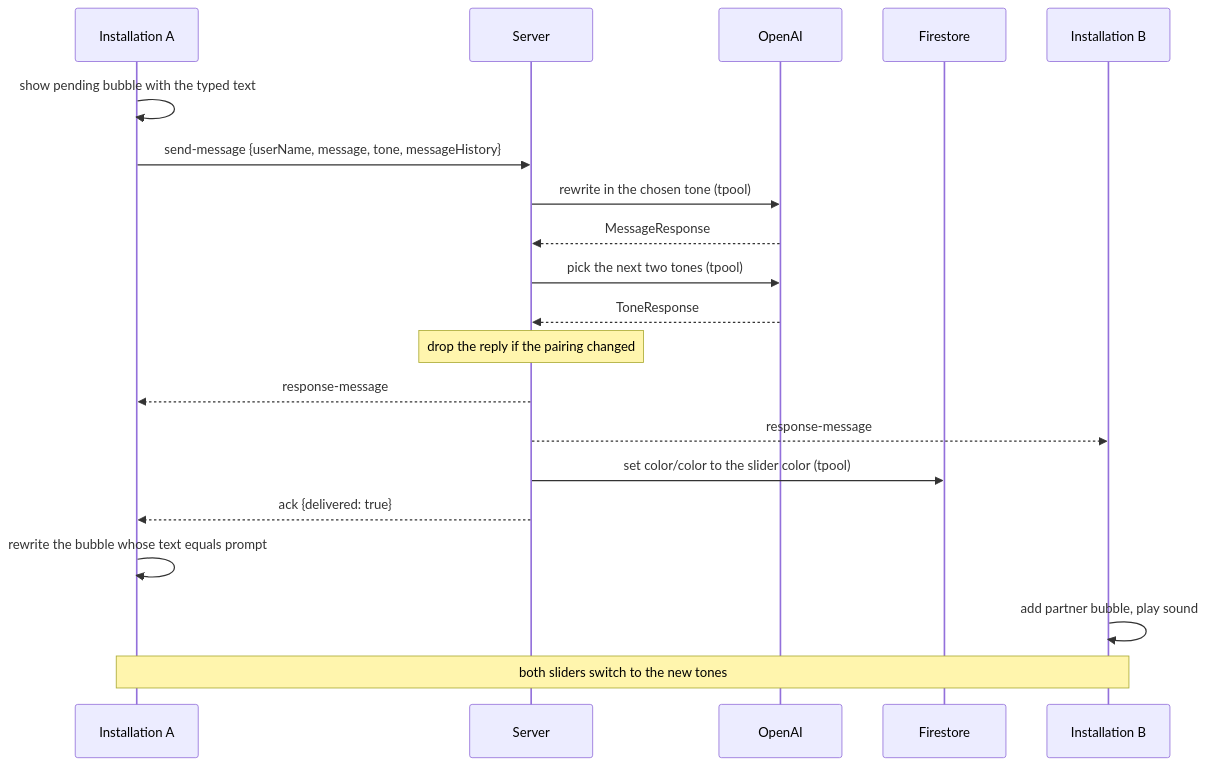
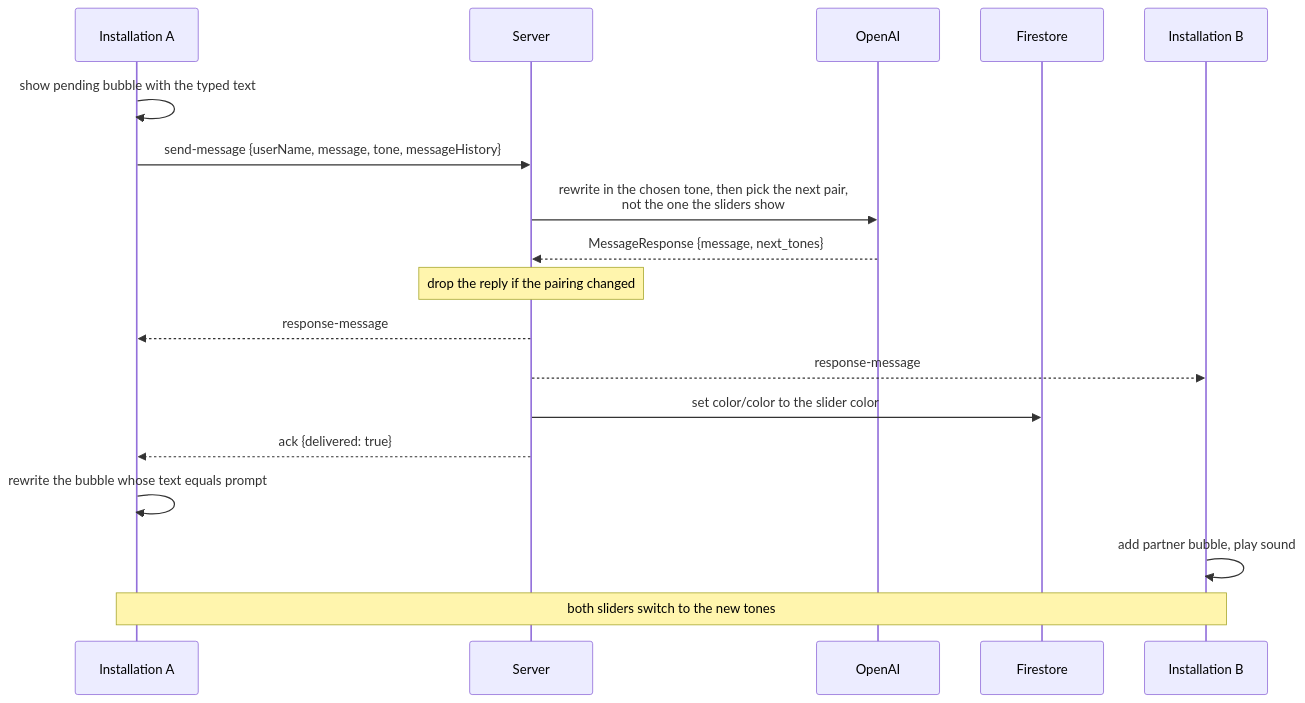
Before and after one commit to partyck/in-between-us: the fourth of 6 diagrams in architecture.md, drawn with Mermaid. The commit also changed other lines of this file and 10 other files, not shown here.

````diff
--- a/architecture.md
+++ b/architecture.md
@@ -256,22 +255,20 @@
 ```mermaid
 sequenceDiagram
     participant A as Installation A
     participant S as Server
     participant O as OpenAI
     participant F as Firestore
     participant B as Installation B
     A->>A: show pending bubble with the typed text
     A->>S: send-message {userName, message, tone, messageHistory}
-    S->>O: rewrite in the chosen tone (tpool)
-    O-->>S: MessageResponse
-    S->>O: pick the next two tones (tpool)
-    O-->>S: ToneResponse
+    S->>O: rewrite in the chosen tone, then pick the next pair,<br/>not the one the sliders show
+    O-->>S: MessageResponse {message, next_tones}
     Note over S: drop the reply if the pairing changed
     S-->>A: response-message
     S-->>B: response-message
-    S->>F: set color/color to the slider color (tpool)
+    S->>F: set color/color to the slider color
     S-->>A: ack {delivered: true}
     A->>A: rewrite the bubble whose text equals prompt
     B->>B: add partner bubble, play sound
     Note over A,B: both sliders switch to the new tones
 ```
````
